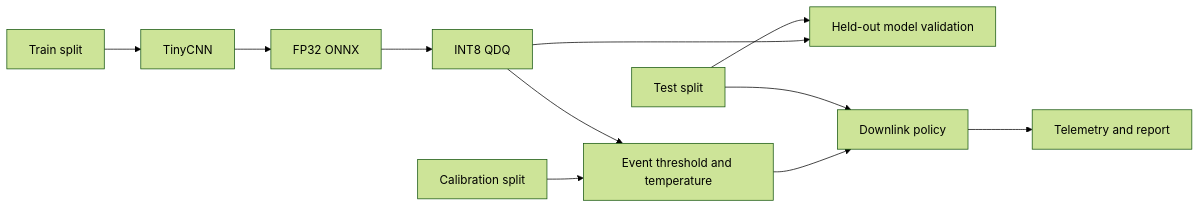
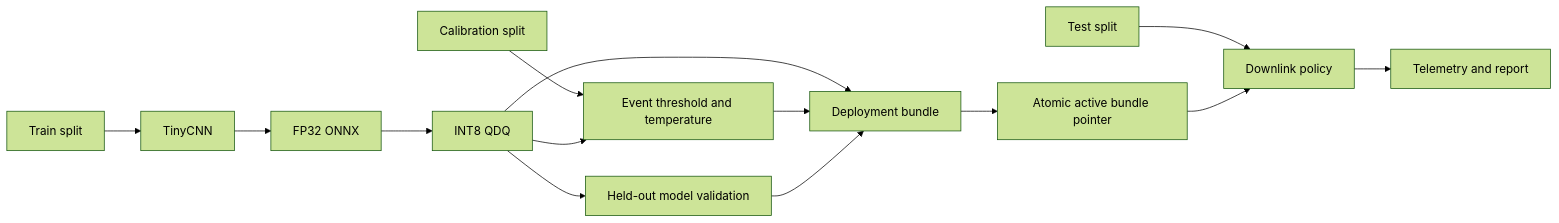
The diagram in README.md (sylvesterkaczmarek/phisat2-trustworthy-onboard-ai), drawn with Mermaid (forest theme) before and after one commit. The commit also changed other lines of this file and 11 other files, not shown here.

Commit message:
Deploy model-policy bundles atomically

````diff
--- a/README.md
+++ b/README.md
@@ -15,13 +15,16 @@
 ```mermaid
 flowchart LR
     A[Train split] --> B[TinyCNN]
     B --> C[FP32 ONNX]
     C --> D[INT8 QDQ]
+    D --> G[Held-out model validation]
     E[Calibration split] --> F[Event threshold and temperature]
     D --> F
-    D --> G[Held-out model validation]
-    F --> H[Downlink policy]
-    I[Test split] --> G
-    I --> H
+    D --> K[Deployment bundle]
+    F --> K
+    G --> K
+    K --> L[Atomic active bundle pointer]
+    I[Test split] --> H[Downlink policy]
+    L --> H
     H --> J[Telemetry and report]
 ```
````
